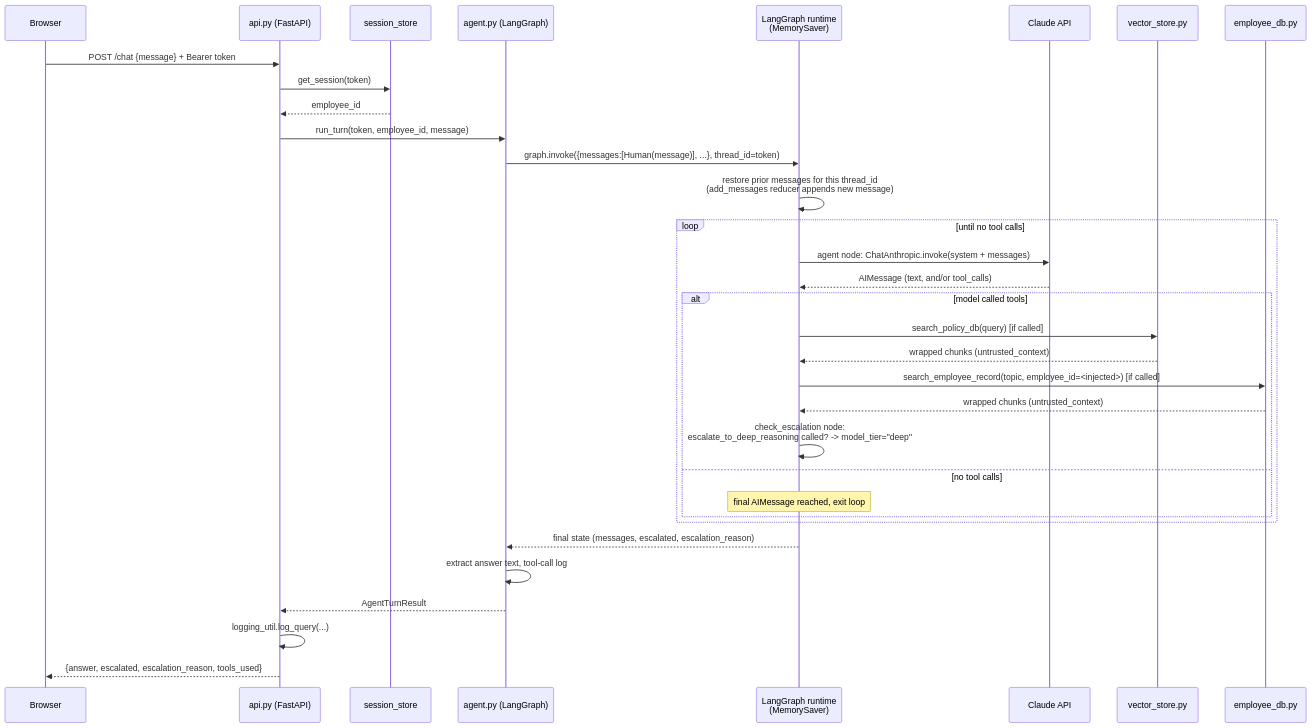
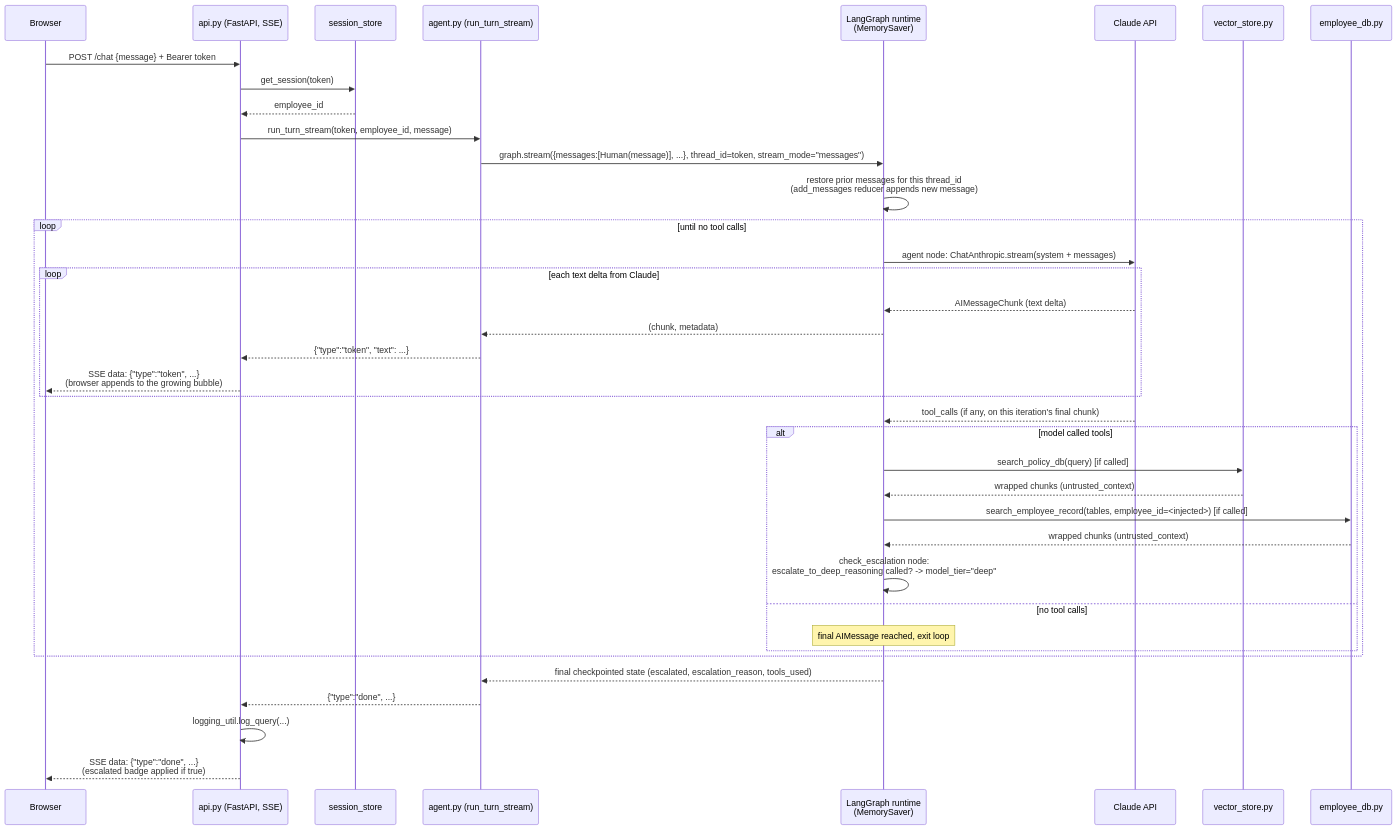
Before and after one commit to AnandBhalerao110804/HR-RAG: the eighth of 8 diagrams in TECHNICAL_OVERVIEW.md, drawn with Mermaid. The commit also changed other lines of this file, not shown here.

````diff
--- a/TECHNICAL_OVERVIEW.md
+++ b/TECHNICAL_OVERVIEW.md
@@ -217,38 +272,43 @@
 ```mermaid
 sequenceDiagram
     participant U as Browser
-    participant API as api.py (FastAPI)
+    participant API as api.py (FastAPI, SSE)
     participant SS as session_store
-    participant AG as agent.py (LangGraph)
+    participant AG as agent.py (run_turn_stream)
     participant LG as LangGraph runtime<br/>(MemorySaver)
     participant CL as Claude API
     participant VS as vector_store.py
     participant DB as employee_db.py
 
     U->>API: POST /chat {message} + Bearer token
     API->>SS: get_session(token)
     SS-->>API: employee_id
-    API->>AG: run_turn(token, employee_id, message)
-    AG->>LG: graph.invoke({messages:[Human(message)], ...}, thread_id=token)
+    API->>AG: run_turn_stream(token, employee_id, message)
+    AG->>LG: graph.stream({messages:[Human(message)], ...}, thread_id=token, stream_mode="messages")
     LG->>LG: restore prior messages for this thread_id<br/>(add_messages reducer appends new message)
 
     loop until no tool calls
-        LG->>CL: agent node: ChatAnthropic.invoke(system + messages)
-        CL-->>LG: AIMessage (text, and/or tool_calls)
+        LG->>CL: agent node: ChatAnthropic.stream(system + messages)
+        loop each text delta from Claude
+            CL-->>LG: AIMessageChunk (text delta)
+            LG-->>AG: (chunk, metadata)
+            AG-->>API: {"type":"token", "text": ...}
+            API-->>U: SSE data: {"type":"token", ...}<br/>(browser appends to the growing bubble)
+        end
+        CL-->>LG: tool_calls (if any, on this iteration's final chunk)
         alt model called tools
             LG->>VS: search_policy_db(query) [if called]
             VS-->>LG: wrapped chunks (untrusted_context)
-            LG->>DB: search_employee_record(topic, employee_id=<injected>) [if called]
+            LG->>DB: search_employee_record(tables, employee_id=<injected>) [if called]
             DB-->>LG: wrapped chunks (untrusted_context)
             LG->>LG: check_escalation node:<br/>escalate_to_deep_reasoning called? -> model_tier="deep"
         else no tool calls
             Note over LG: final AIMessage reached, exit loop
         end
     end
 
-    LG-->>AG: final state (messages, escalated, escalation_reason)
-    AG->>AG: extract answer text, tool-call log
-    AG-->>API: AgentTurnResult
+    LG-->>AG: final checkpointed state (escalated, escalation_reason, tools_used)
+    AG-->>API: {"type":"done", ...}
     API->>API: logging_util.log_query(...)
-    API-->>U: {answer, escalated, escalation_reason, tools_used}
+    API-->>U: SSE data: {"type":"done", ...}<br/>(escalated badge applied if true)
 ```
````
